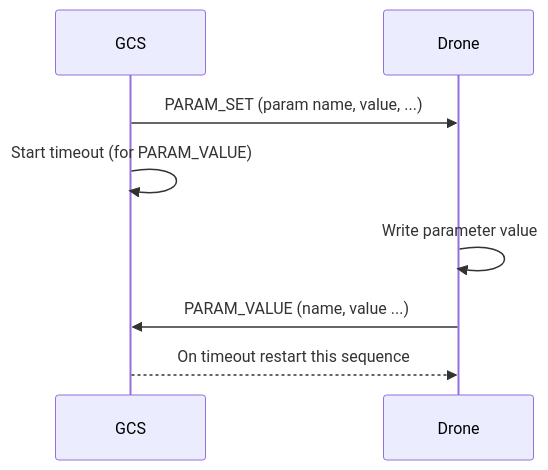
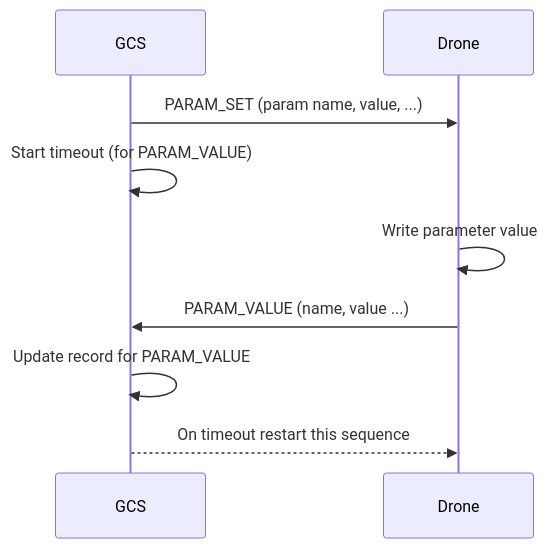
The fourth of 4 diagrams in en/services/parameter.md (mavlink/mavlink-devguide), drawn with Mermaid before and after one commit. The commit also changed other lines of this file, not shown here.

```diff
--- a/en/services/parameter.md
+++ b/en/services/parameter.md
@@ -176,10 +186,11 @@
 {% mermaid %}
 sequenceDiagram;
     participant GCS
     participant Drone
     GCS->>Drone: PARAM_SET (param name, value, ...)
     GCS->>GCS: Start timeout (for PARAM_VALUE)
     Drone->>Drone: Write parameter value
     Drone->>GCS: PARAM_VALUE (name, value ...)
+    GCS->>GCS: Update record for PARAM_VALUE
     GCS-->>Drone: On timeout restart this sequence
 {% endmermaid %}
```
